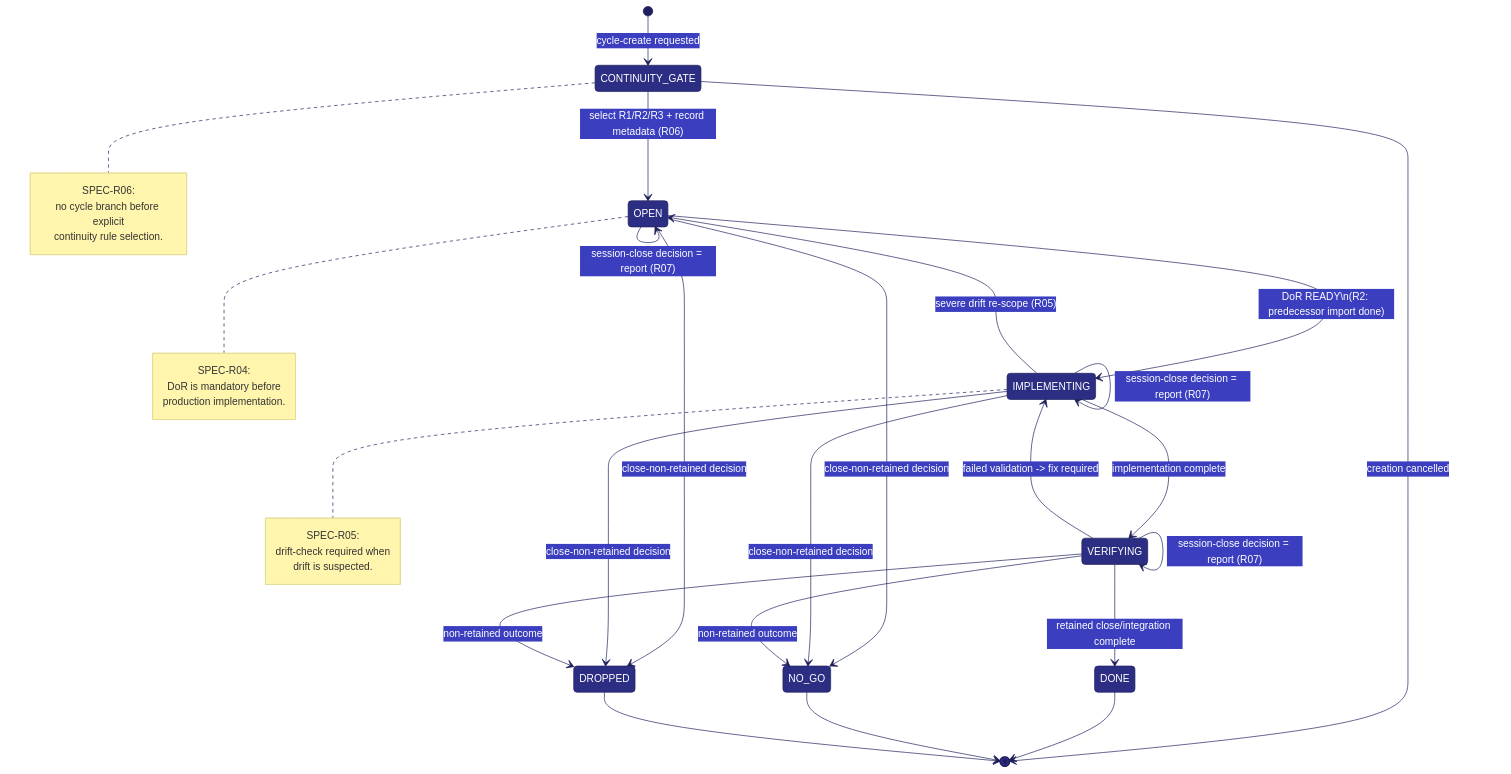
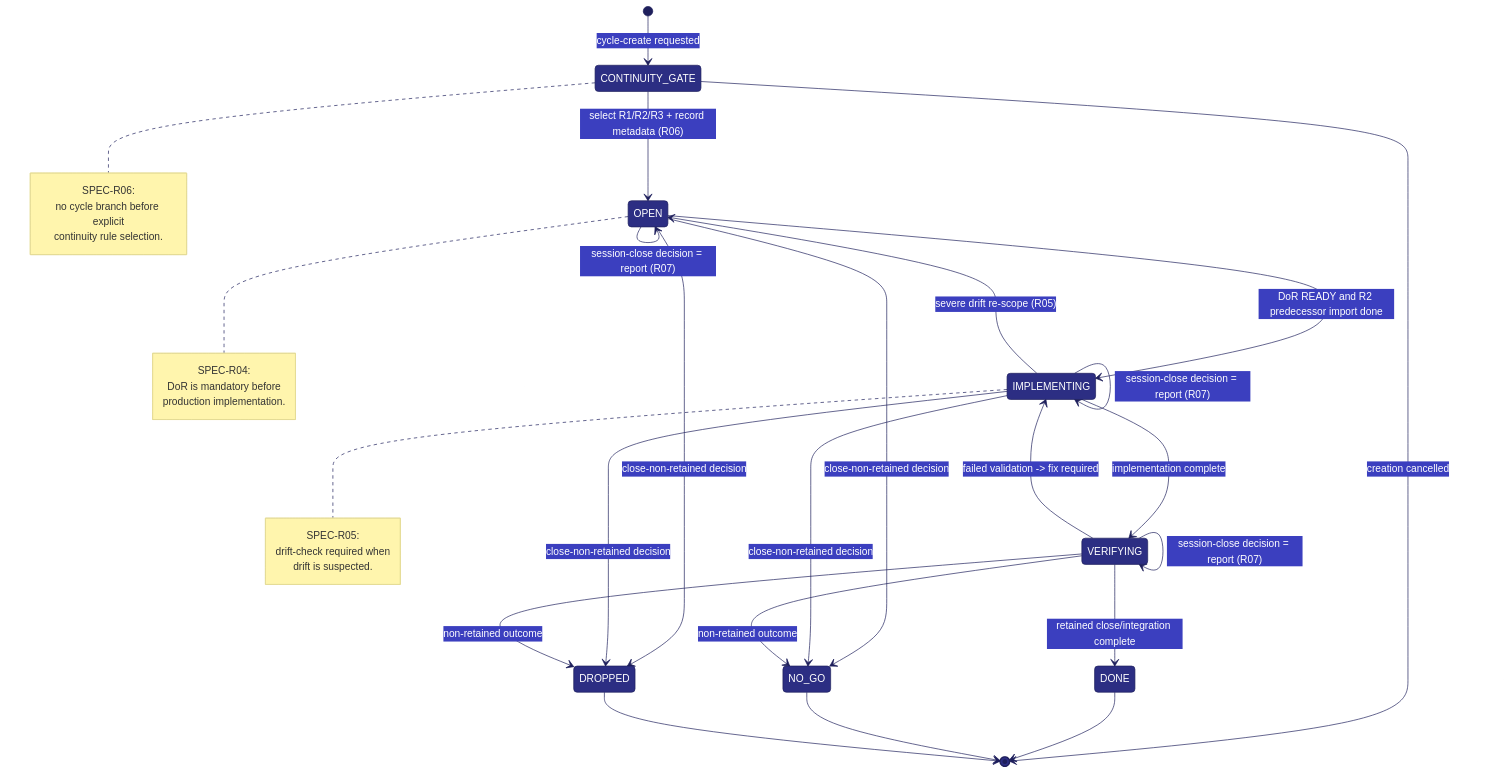
Before and after one commit to leuzeus/aidn: the diagram in docs/diagrams/02-cycle-state-machine.md, drawn with Mermaid.

Commit message:
fix(diagrams): remove unsupported newline escape in state transition label

````diff
--- a/docs/diagrams/02-cycle-state-machine.md
+++ b/docs/diagrams/02-cycle-state-machine.md
@@ -1,66 +1,66 @@
 ```mermaid
 %%{init: {
   "theme": "base",
   "themeVariables": {
     "fontFamily": "Trebuchet MS, Verdana, sans-serif",
     "fontSize": "15px",
     "lineColor": "#1E1F5C",
     "primaryColor": "#2C2E83",
     "primaryTextColor": "#FFFFFF",
     "primaryBorderColor": "#1E1F5C",
     "secondaryColor": "#3B3FBF",
     "secondaryTextColor": "#FFFFFF",
     "secondaryBorderColor": "#1E1F5C",
     "tertiaryColor": "#F6F7FF",
     "tertiaryTextColor": "#1E1F5C",
     "tertiaryBorderColor": "#2C2E83"
   }
 }}%%
 %% 2) Cycle State Machine (v0.2.0)
 stateDiagram-v2
   [*] --> CONTINUITY_GATE: cycle-create requested
   CONTINUITY_GATE --> OPEN: select R1/R2/R3 + record metadata (R06)
   CONTINUITY_GATE --> [*]: creation cancelled
 
   OPEN --> OPEN: DoR not ready / clarify scope + plan (R04)
-  OPEN --> IMPLEMENTING: DoR READY\n(R2: predecessor import done)
+  OPEN --> IMPLEMENTING: DoR READY and R2 predecessor import done
   OPEN --> NO_GO: close-non-retained decision
   OPEN --> DROPPED: close-non-retained decision
 
   IMPLEMENTING --> IMPLEMENTING: normal progress
   IMPLEMENTING --> OPEN: severe drift re-scope (R05)
   IMPLEMENTING --> VERIFYING: implementation complete
   IMPLEMENTING --> NO_GO: close-non-retained decision
   IMPLEMENTING --> DROPPED: close-non-retained decision
 
   VERIFYING --> IMPLEMENTING: failed validation -> fix required
   VERIFYING --> DONE: retained close/integration complete
   VERIFYING --> NO_GO: non-retained outcome
   VERIFYING --> DROPPED: non-retained outcome
 
   OPEN --> OPEN: session-close decision = report (R07)
   IMPLEMENTING --> IMPLEMENTING: session-close decision = report (R07)
   VERIFYING --> VERIFYING: session-close decision = report (R07)
 
   DONE --> [*]
   NO_GO --> [*]
   DROPPED --> [*]
 
   note right of CONTINUITY_GATE
     SPEC-R06:
     no cycle branch before explicit
     continuity rule selection.
   end note
 
   note right of OPEN
     SPEC-R04:
     DoR is mandatory before
     production implementation.
   end note
 
   note right of IMPLEMENTING
     SPEC-R05:
     drift-check required when
     drift is suspected.
   end note
 ```
````
